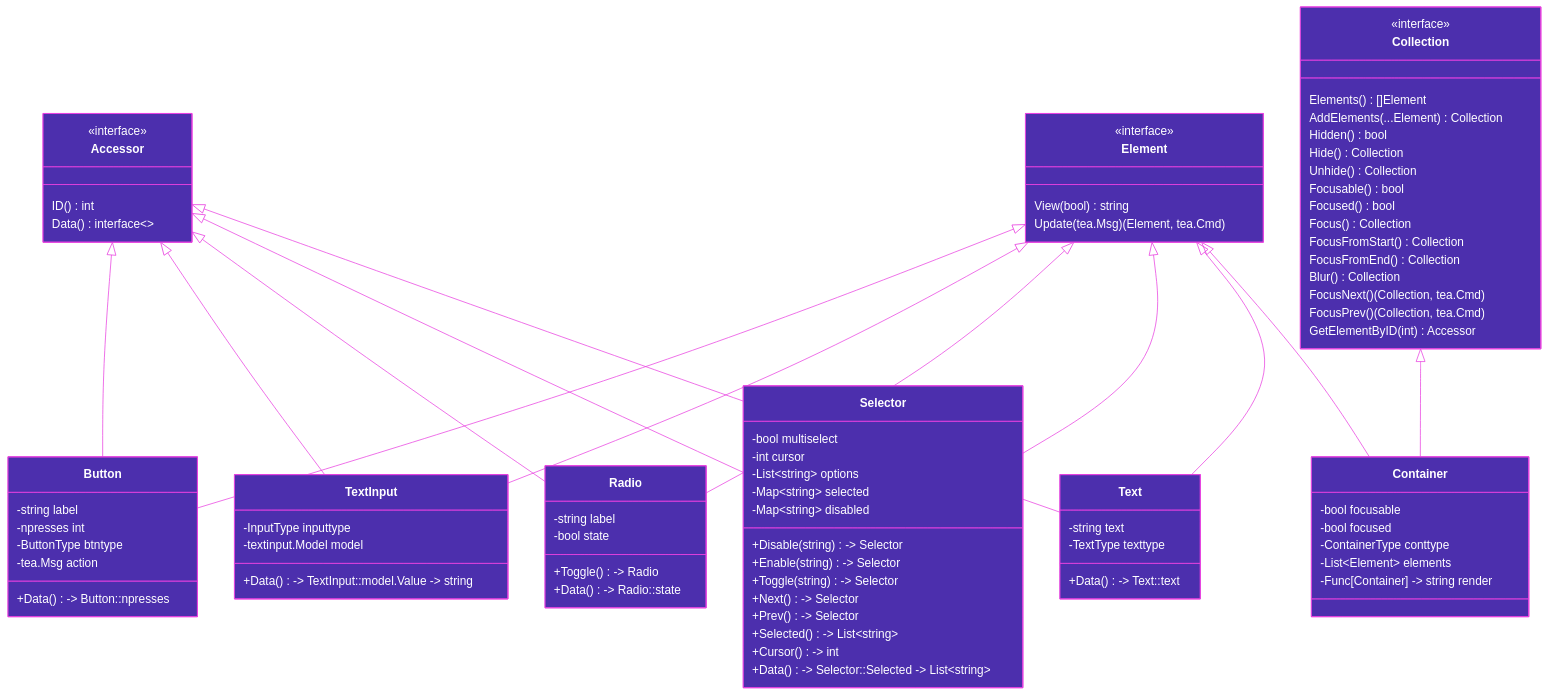
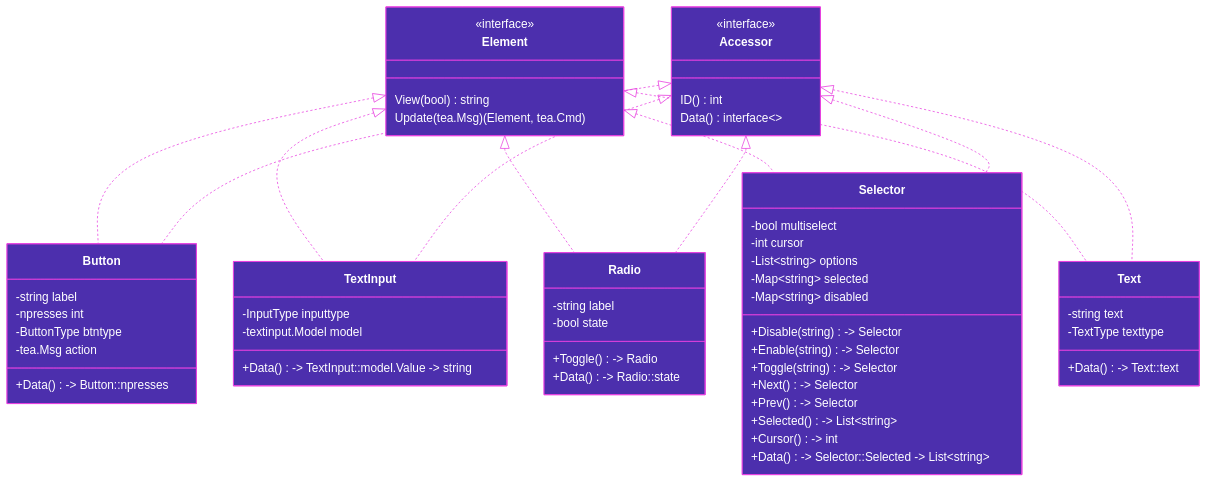
One commit to haykh/tuigo changed the third of 3 diagrams in README.md. Above: the diagram before and after it, drawn with Mermaid. The commit also changed other lines of this file and 20 other files, not shown here.

````diff
--- a/README.md
+++ b/README.md
@@ -78,27 +166,11 @@
     ID() int
     Data() interface<>
   }
+
   class Element {
     <<interface>>
     View(bool) string
     Update(tea.Msg) (Element, tea.Cmd)
-  }
-  class Collection {
-    <<interface>>
-    Elements() []Element
-    AddElements(...Element) Collection
-	  Hidden() bool
-	  Hide() Collection
-    Unhide() Collection
-    Focusable() bool
-    Focused() bool
-    Focus() Collection
-    FocusFromStart() Collection
-    FocusFromEnd() Collection
-    Blur() Collection
-    FocusNext() (Collection, tea.Cmd)
-    FocusPrev() (Collection, tea.Cmd)
-    GetElementByID(int) Accessor
   }
 
   class Button {
@@ -144,24 +216,14 @@
     +Data() -> Text::text
   }
 
-  class Container {
-    -bool focusable
-    -bool focused
-    -ContainerType conttype
-    -List~Element~ elements
-    -Func[Container] -> string render
-  }
-
-  Element <|-- Button
-  Accessor <|-- Button
-  Element <|-- TextInput
-  Accessor <|-- TextInput
-  Element <|-- Radio
-  Accessor <|-- Radio
-  Element <|-- Selector
-  Accessor <|-- Selector
-  Element <|-- Text
-  Accessor <|-- Text
-  Element <|-- Container
-  Collection <|-- Container
+  Element <|.. Button
+  Accessor <|.. Button
+  Element <|.. TextInput
+  Accessor <|.. TextInput
+  Element <|.. Radio
+  Accessor <|.. Radio
+  Element <|.. Selector
+  Accessor <|.. Selector
+  Element <|.. Text
+  Accessor <|.. Text
 ```
````
